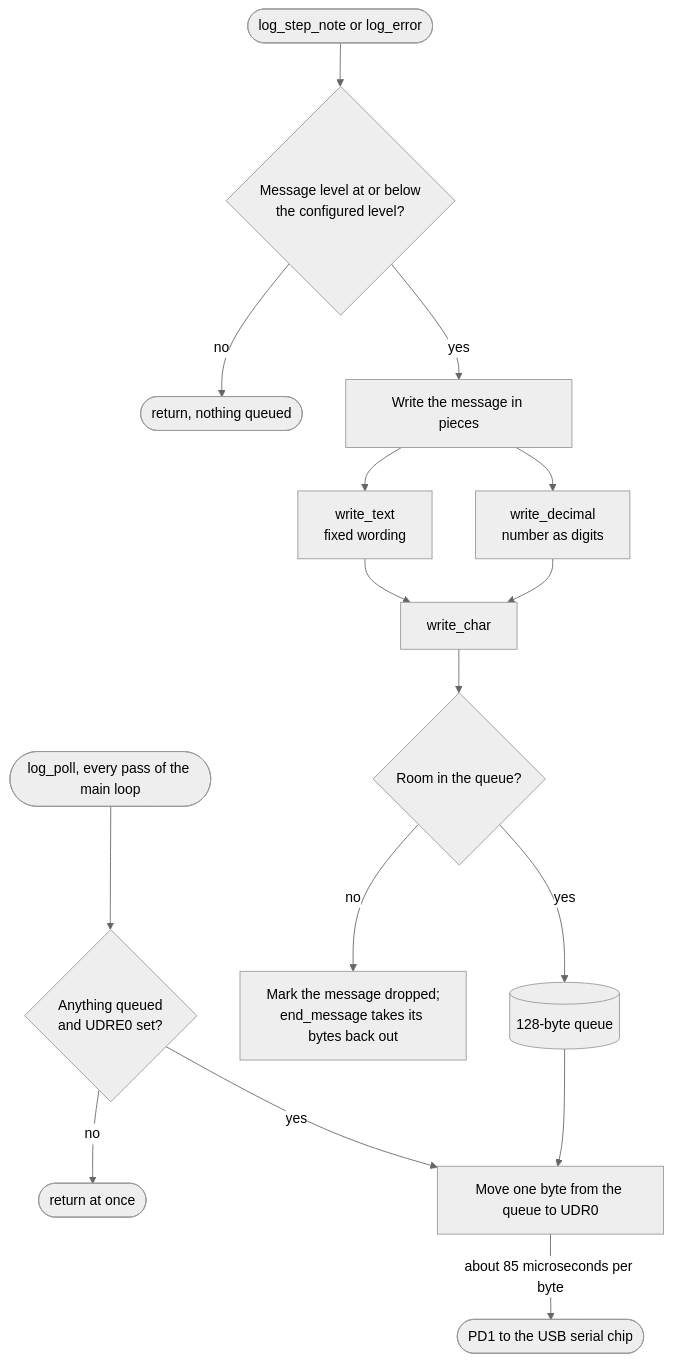
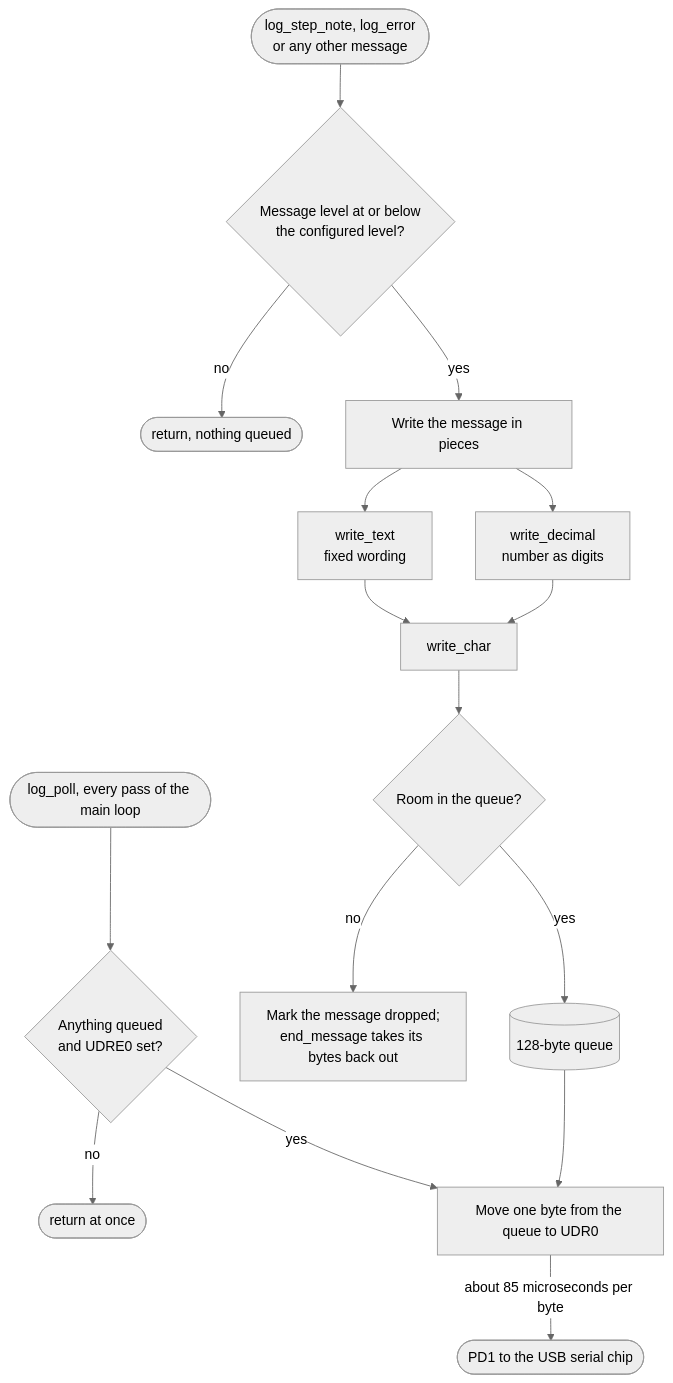
Before and after one commit to BonelessPig/nano_sequencer: diagram 17 of 23 in docs/ARCHITECTURE.md, drawn with Mermaid (neutral theme). The commit also changed other lines of this file and 39 other files, not shown here.

````diff
--- a/docs/ARCHITECTURE.md
+++ b/docs/ARCHITECTURE.md
@@ -605,18 +722,18 @@
 ```mermaid
 flowchart TD
-    call(["log_step_note or log_error"]) --> level{"Message level at or below<br/>the configured level?"}
+    call(["log_step_note, log_error<br/>or any other message"]) --> level{"Message level at or below<br/>the configured level?"}
     level -->|"no"| drop(["return, nothing queued"])
     level -->|"yes"| pieces["Write the message in pieces"]
     pieces --> text["write_text<br/>fixed wording"]
     pieces --> dec["write_decimal<br/>number as digits"]
     text --> ch["write_char"]
     dec --> ch
     ch --> room{"Room in the queue?"}
     room -->|"yes"| queue[("128-byte queue")]
     room -->|"no"| undo["Mark the message dropped;<br/>end_message takes its bytes back out"]
     poll(["log_poll, every pass of the main loop"]) --> any{"Anything queued<br/>and UDRE0 set?"}
     any -->|"no"| back(["return at once"])
     any -->|"yes"| udr["Move one byte from the queue to UDR0"]
     queue --> udr
     udr -->|"about 85 microseconds per byte"| wire(["PD1 to the USB serial chip"])
 ```
````
